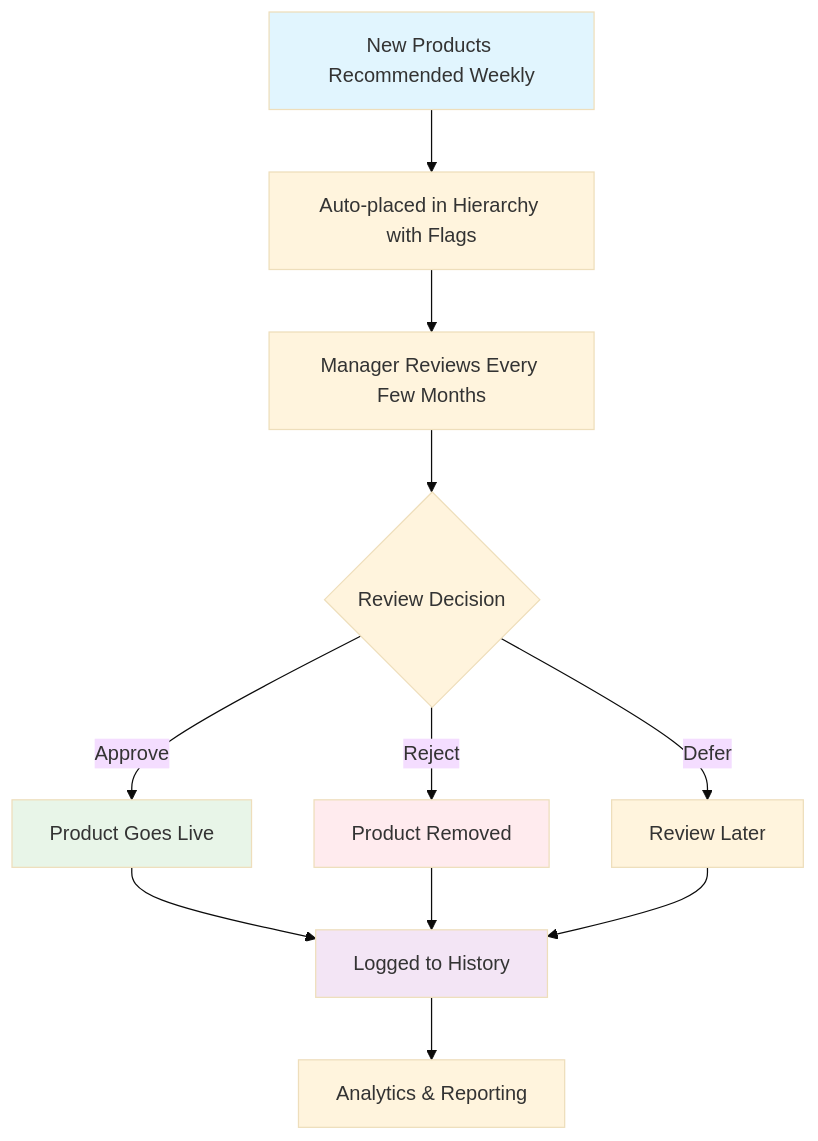
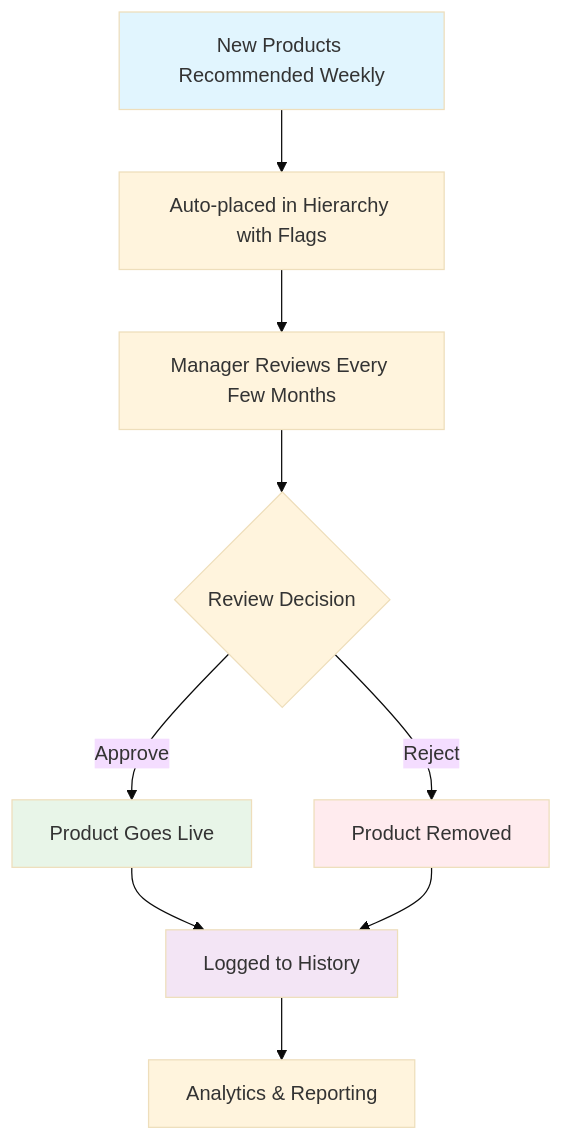
One commit to azen-alex/streamlit changed the first of 6 diagrams in RECOMMENDED_PRODUCTS_PLAN.md. Above: the diagram before and after it, drawn with Mermaid (base theme). The commit also changed other lines of this file and 1 other file, not shown here.

First line of the commit message:
Remove defer functionality from documentation and code

````diff
--- a/RECOMMENDED_PRODUCTS_PLAN.md
+++ b/RECOMMENDED_PRODUCTS_PLAN.md
@@ -38,18 +38,16 @@
 ```mermaid
 flowchart TD
     A[New Products Recommended Weekly] --> B[Auto-placed in Hierarchy with Flags]
     B --> C[Manager Reviews Every Few Months]
     C --> D{Review Decision}
     D -->|Approve| E[Product Goes Live]
     D -->|Reject| F[Product Removed]
-    D -->|Defer| G[Review Later]
     E --> H[Logged to History]
     F --> H
-    G --> H
     H --> I[Analytics & Reporting]
     
     style A fill:#e1f5fe
     style E fill:#e8f5e8
     style F fill:#ffebee
     style H fill:#f3e5f5
 ```
````
